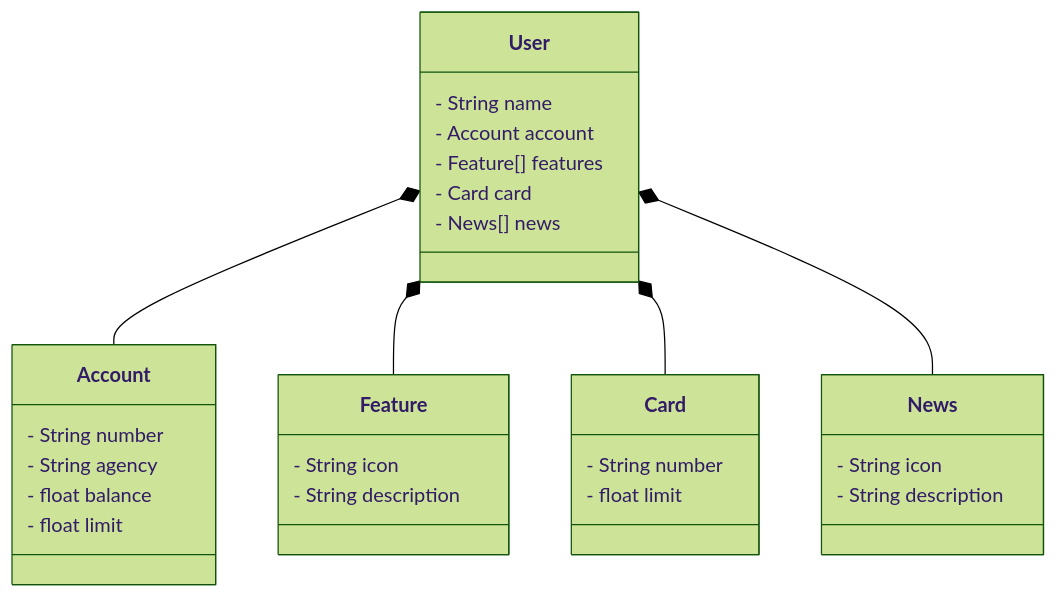
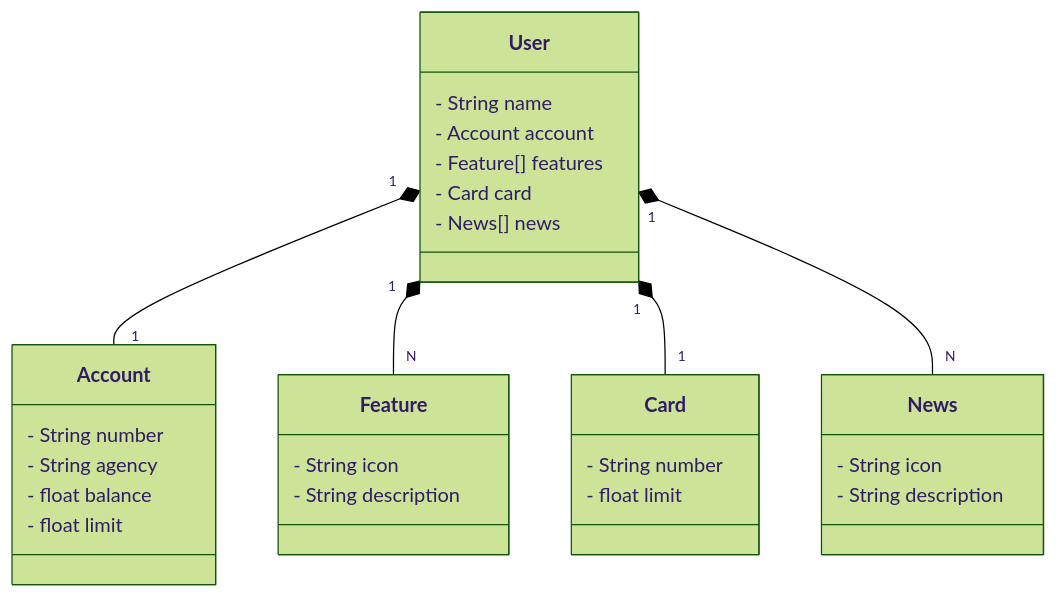
The diagram in Desafios/Desafio_Final/santander-2024/README.md (JoaoPSRibeiro/Dio_Java_Santander), drawn with Mermaid (forest theme) before and after one commit.

````diff
--- a/Desafios/Desafio_Final/santander-2024/README.md
+++ b/Desafios/Desafio_Final/santander-2024/README.md
@@ -3,39 +3,39 @@
 ```mermaid
 
 classDiagram
     class User {
         - String name
         - Account account
         - Feature[] features
         - Card card
         - News[] news
     }
     
     class Account {
         - String number
         - String agency
         - float balance
         - float limit
     }
     
     class Feature {
         - String icon
         - String description
     }
     
     class Card {
         - String number
         - float limit
     }
     
     class News {
         - String icon
         - String description
     }
     
-    User *-- Account
-    User *-- Feature
-    User *-- Card
-    User *-- News
+    User "1" *-- "1" Account
+    User "1" *-- "N" Feature
+    User "1" *-- "1" Card
+    User "1" *-- "N" News
 
 ```
````
